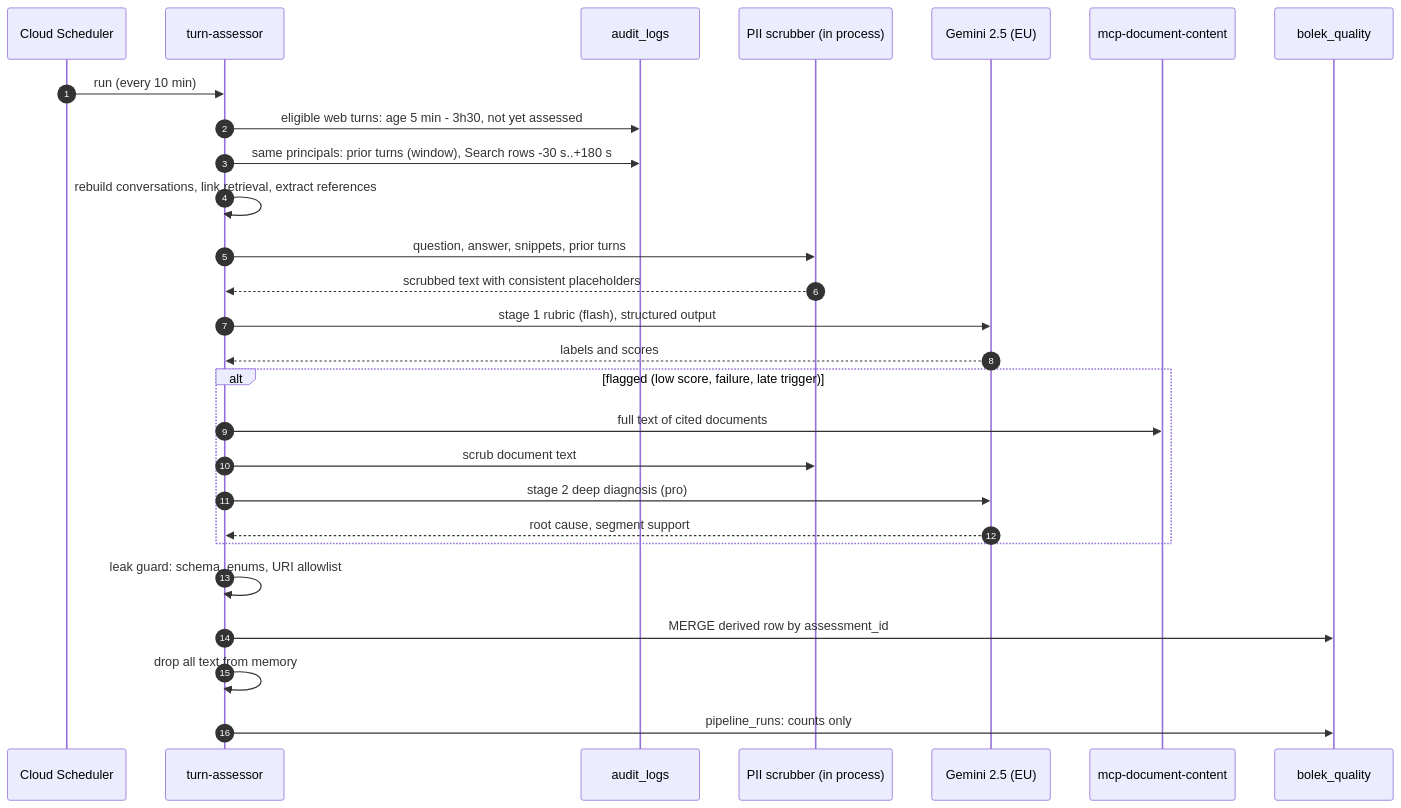
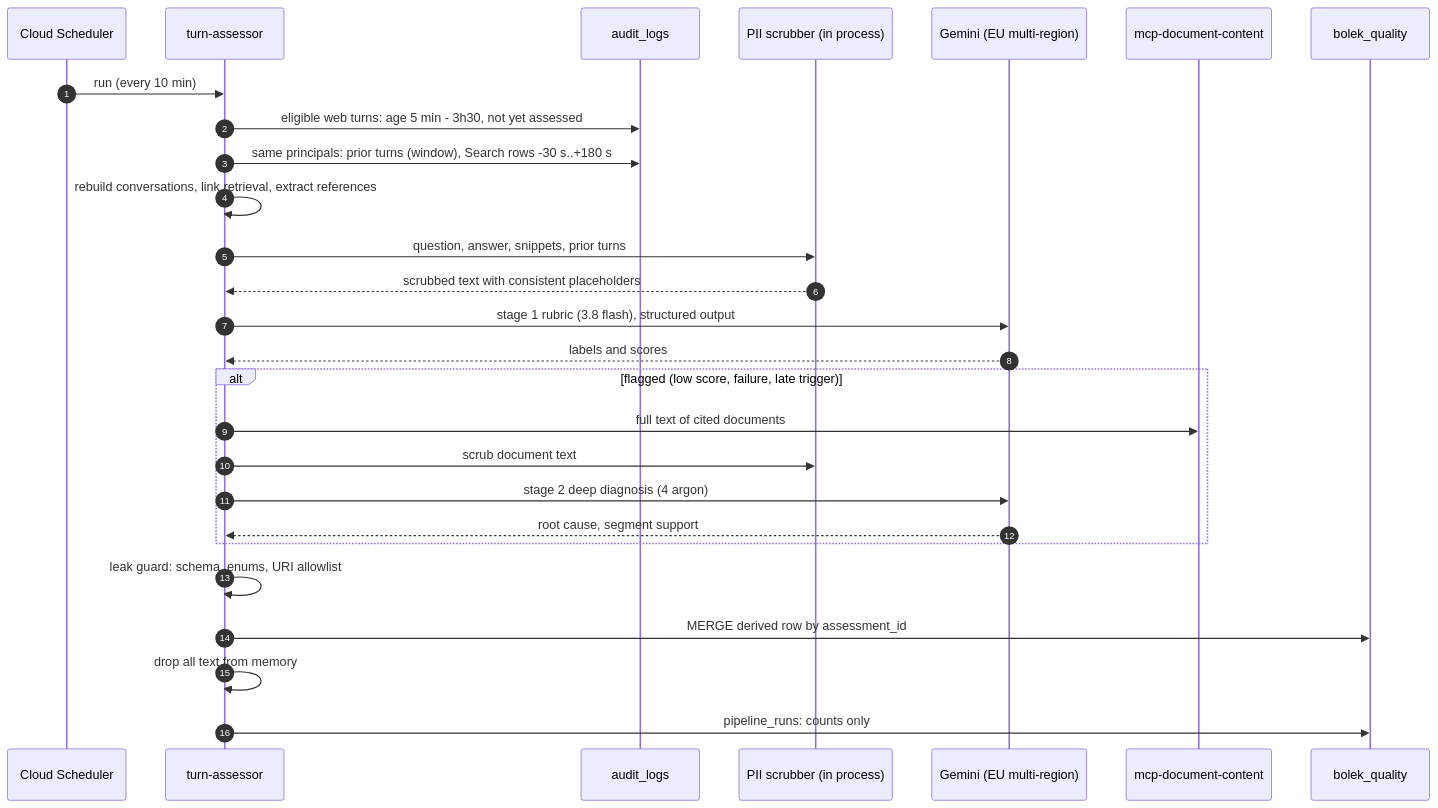
Before and after one commit to pborkowski-rtbh/conversation-analyzer: the fifth of 8 diagrams in design.md, drawn with Mermaid. The commit also changed other lines of this file and 1 other file, not shown here.

````diff
--- a/design.md
+++ b/design.md
@@ -291,29 +294,29 @@
 ```mermaid
 sequenceDiagram
     autonumber
     participant SCH as Cloud Scheduler
     participant TA as turn-assessor
     participant BQ as audit_logs
     participant PII as PII scrubber (in process)
-    participant LLM as Gemini 2.5 (EU)
+    participant LLM as Gemini (EU multi-region)
     participant GCS as mcp-document-content
     participant Q as bolek_quality
     SCH->>TA: run (every 10 min)
     TA->>BQ: eligible web turns: age 5 min - 3h30, not yet assessed
     TA->>BQ: same principals: prior turns (window), Search rows -30 s..+180 s
     TA->>TA: rebuild conversations, link retrieval, extract references
     TA->>PII: question, answer, snippets, prior turns
     PII-->>TA: scrubbed text with consistent placeholders
-    TA->>LLM: stage 1 rubric (flash), structured output
+    TA->>LLM: stage 1 rubric (3.8 flash), structured output
     LLM-->>TA: labels and scores
     alt flagged (low score, failure, late trigger)
         TA->>GCS: full text of cited documents
         TA->>PII: scrub document text
-        TA->>LLM: stage 2 deep diagnosis (pro)
+        TA->>LLM: stage 2 deep diagnosis (4 argon)
         LLM-->>TA: root cause, segment support
     end
     TA->>TA: leak guard: schema, enums, URI allowlist
     TA->>Q: MERGE derived row by assessment_id
     TA->>TA: drop all text from memory
     TA->>Q: pipeline_runs: counts only
 ```
````
